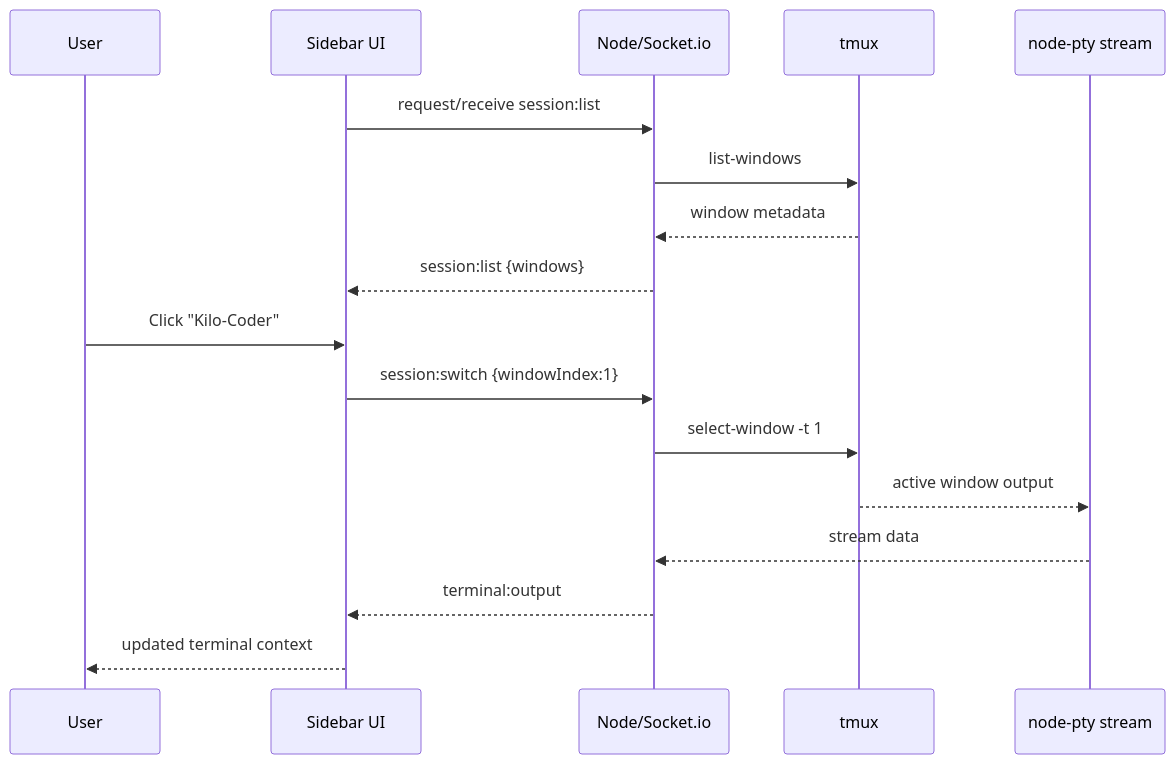
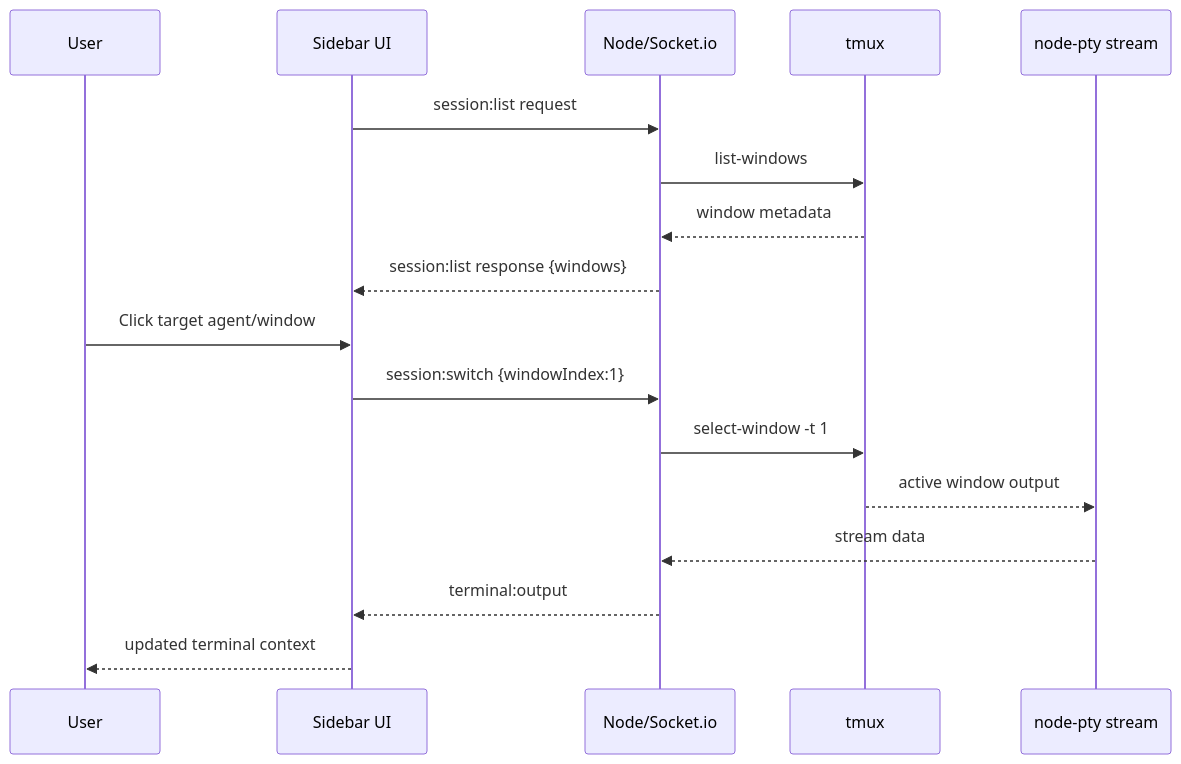
One commit to Adeolu5678/Cloud-Terminal changed the third of 3 diagrams in docs/03_SSD.md. Above: the diagram before and after it, drawn with Mermaid. The commit also changed other lines of this file and 3 other files, not shown here.

````diff
--- a/docs/03_SSD.md
+++ b/docs/03_SSD.md
@@ -82,21 +82,21 @@
 ```mermaid
 sequenceDiagram
     participant U as User
     participant FE as Sidebar UI
     participant BE as Node/Socket.io
     participant TM as tmux
     participant PTY as node-pty stream
 
-    FE->>BE: request/receive session:list
+    FE->>BE: session:list request
     BE->>TM: list-windows
     TM-->>BE: window metadata
-    BE-->>FE: session:list {windows}
+    BE-->>FE: session:list response {windows}
 
-    U->>FE: Click "Kilo-Coder"
+    U->>FE: Click target agent/window
     FE->>BE: session:switch {windowIndex:1}
     BE->>TM: select-window -t 1
     TM-->>PTY: active window output
     PTY-->>BE: stream data
     BE-->>FE: terminal:output
     FE-->>U: updated terminal context
 ```
````
